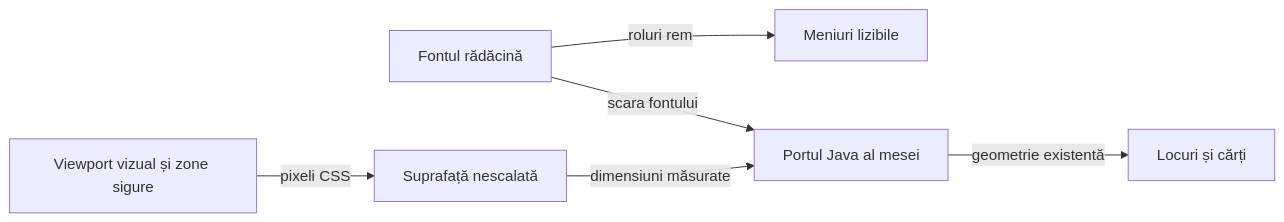
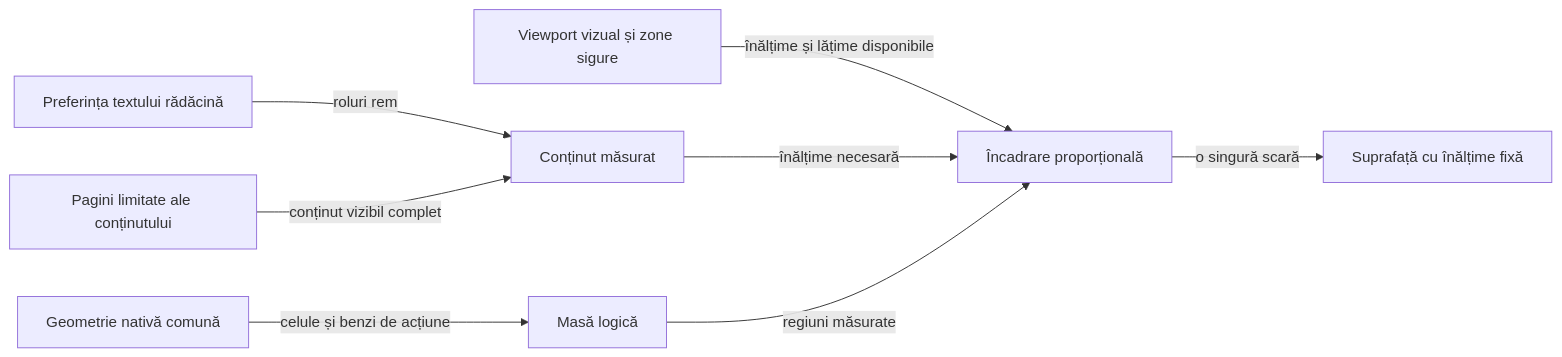
One commit to crististefanita/whist changed the fourth of 5 diagrams in atf-ui-browser/README.md. Above: the diagram before and after it, drawn with Mermaid. The commit also changed other lines of this file and 2 other files, not shown here.

Commit message:
docs: define Romanian height-fit, paging and native action-band contracts

````diff
--- a/atf-ui-browser/README.md
+++ b/atf-ui-browser/README.md
@@ -206,8 +209,10 @@
 ```mermaid
 flowchart LR
-    Viewport[Viewport vizual și zone sigure] -->|pixeli CSS| Frame[Suprafață nescalată]
-    Font[Fontul rădăcină] -->|roluri rem| Menu[Meniuri lizibile]
-    Font -->|scara fontului| Port[Portul Java al mesei]
-    Frame -->|dimensiuni măsurate| Port
-    Port -->|geometrie existentă| Table[Locuri și cărți]
+    Viewport[Viewport vizual și zone sigure] -->|înălțime și lățime disponibile| Fit[Încadrare proporțională]
+    Font[Preferința textului rădăcină] -->|roluri rem| Measure[Conținut măsurat]
+    Pages[Pagini limitate ale conținutului] -->|conținut vizibil complet| Measure
+    Measure -->|înălțime necesară| Fit
+    Native[Geometrie nativă comună] -->|celule și benzi de acțiune| Scene[Masă logică]
+    Scene -->|regiuni măsurate| Fit
+    Fit -->|o singură scară| Surface[Suprafață cu înălțime fixă]
 ```
````
